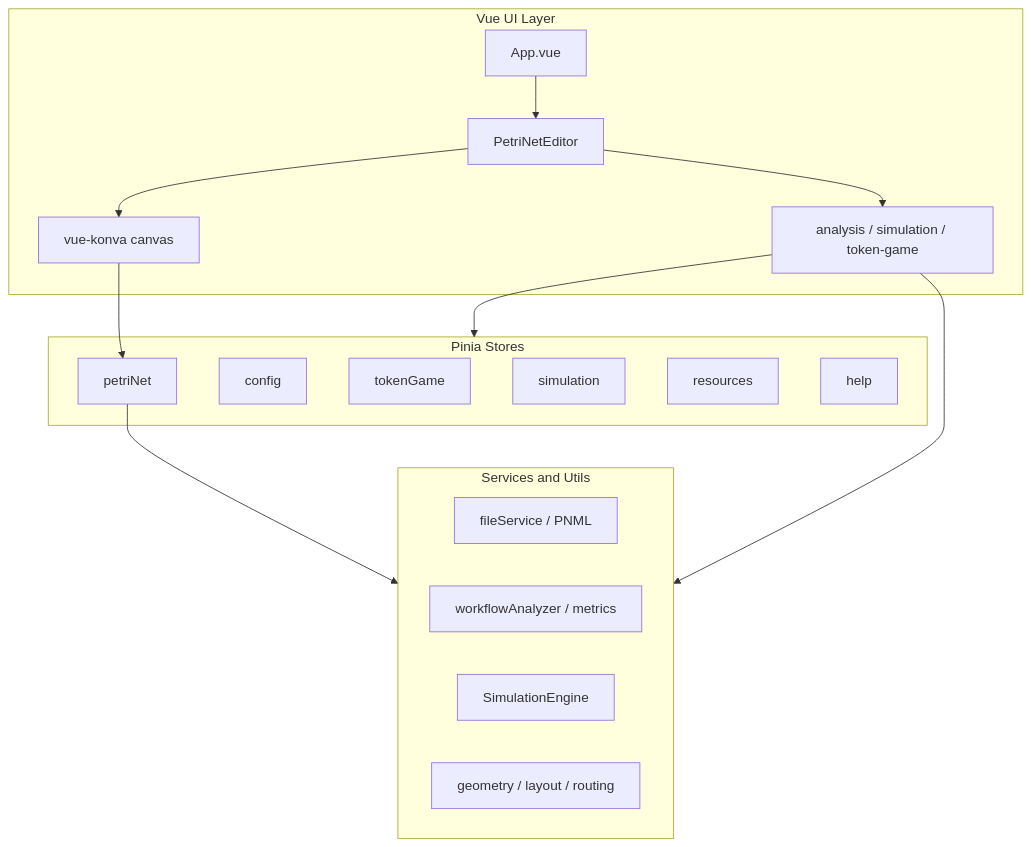
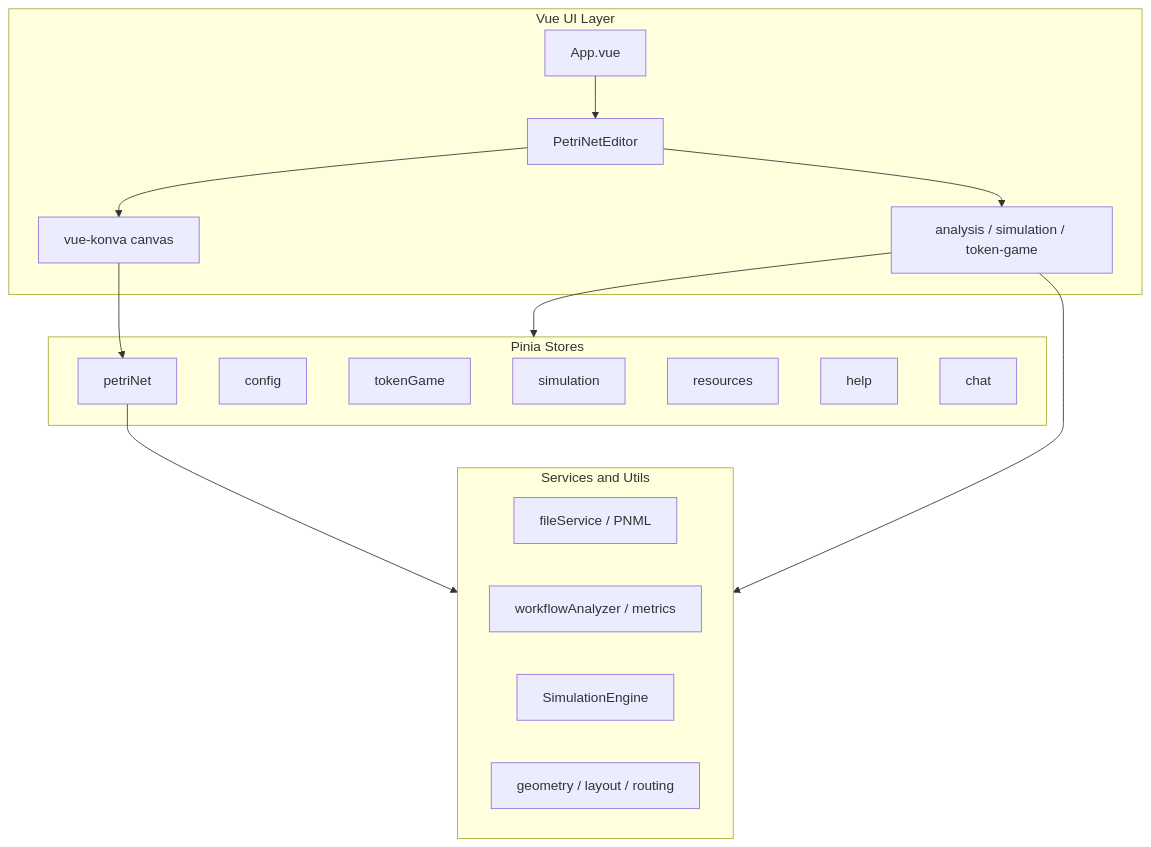
One commit to woped/woped-next changed the diagram in AGENTS.md. Above: the diagram before and after it, drawn with Mermaid. The commit also changed other lines of this file and 5 other files, not shown here.

````diff
--- a/AGENTS.md
+++ b/AGENTS.md
@@ -13,30 +13,31 @@
 ```mermaid
 graph TB
   subgraph ui [Vue UI Layer]
     App[App.vue]
     Editor[PetriNetEditor]
     Panels[analysis / simulation / token-game]
     Canvas[vue-konva canvas]
   end
   subgraph state [Pinia Stores]
     PN[petriNet]
     CFG[config]
     TG[tokenGame]
     SIM[simulation]
     RES[resources]
     HLP[help]
+    CHAT[chat]
   end
   subgraph logic [Services and Utils]
     File[fileService / PNML]
     Analysis[workflowAnalyzer / metrics]
     SimEng[SimulationEngine]
     Utils[geometry / layout / routing]
   end
   App --> Editor
   Editor --> Canvas
   Editor --> Panels
   Panels --> state
   Canvas --> PN
   Panels --> logic
   PN --> logic
 ```
````
